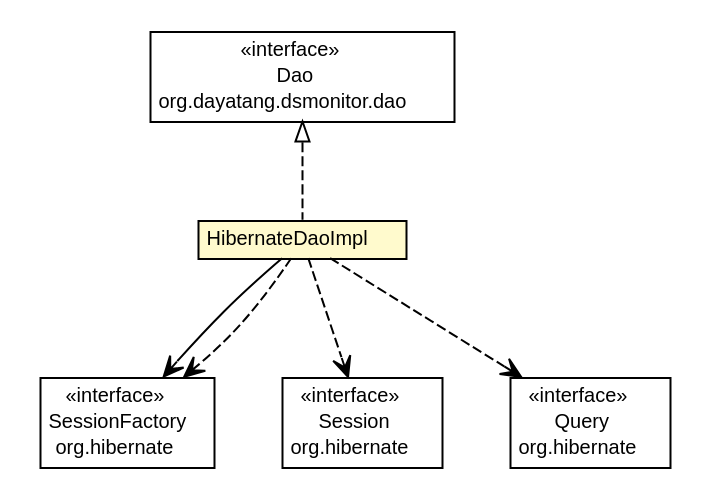
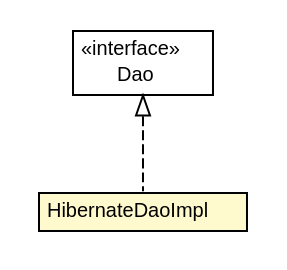
One commit to dayatang/dddlib changed the diagram in dddlib-datasource-monitor/testapidocs/org/dayatang/dsmonitor/dao/impl/HibernateDaoImpl.dot. Above: the diagram before and after it, drawn with Graphviz. The commit also changed 154 other files, not shown here.

```diff
--- a/dddlib-datasource-monitor/testapidocs/org/dayatang/dsmonitor/dao/impl/HibernateDaoImpl.dot
+++ b/dddlib-datasource-monitor/testapidocs/org/dayatang/dsmonitor/dao/impl/HibernateDaoImpl.dot
@@ -1,60 +1,27 @@
 #!/usr/local/bin/dot
 #
 # Class diagram 
 # Generated by UMLGraph version R5_6_6-8-g8d7759 (http://www.umlgraph.org/)
 #
 
 digraph G {
 	edge [fontname="Helvetica",fontsize=10,labelfontname="Helvetica",labelfontsize=10];
 	node [fontname="Helvetica",fontsize=10,shape=plaintext];
 	nodesep=0.25;
 	ranksep=0.5;
 	// org.dayatang.dsmonitor.dao.Dao
-	c70 [label=<<table title="org.dayatang.dsmonitor.dao.Dao" border="0" cellborder="1" cellspacing="0" cellpadding="2" port="p" href="../Dao.html">
+	c37 [label=<<table title="org.dayatang.dsmonitor.dao.Dao" border="0" cellborder="1" cellspacing="0" cellpadding="2" port="p" href="../Dao.html">
 		<tr><td><table border="0" cellspacing="0" cellpadding="1">
 <tr><td align="center" balign="center"> &#171;interface&#187; </td></tr>
 <tr><td align="center" balign="center"> Dao </td></tr>
-<tr><td align="center" balign="center"> org.dayatang.dsmonitor.dao </td></tr>
 		</table></td></tr>
 		</table>>, URL="../Dao.html", fontname="Helvetica", fontcolor="black", fontsize=10.0];
 	// org.dayatang.dsmonitor.dao.impl.HibernateDaoImpl
-	c71 [label=<<table title="org.dayatang.dsmonitor.dao.impl.HibernateDaoImpl" border="0" cellborder="1" cellspacing="0" cellpadding="2" port="p" bgcolor="lemonChiffon" href="./HibernateDaoImpl.html">
+	c38 [label=<<table title="org.dayatang.dsmonitor.dao.impl.HibernateDaoImpl" border="0" cellborder="1" cellspacing="0" cellpadding="2" port="p" bgcolor="lemonChiffon" href="./HibernateDaoImpl.html">
 		<tr><td><table border="0" cellspacing="0" cellpadding="1">
 <tr><td align="center" balign="center"> HibernateDaoImpl </td></tr>
 		</table></td></tr>
 		</table>>, URL="./HibernateDaoImpl.html", fontname="Helvetica", fontcolor="black", fontsize=10.0];
 	//org.dayatang.dsmonitor.dao.impl.HibernateDaoImpl implements org.dayatang.dsmonitor.dao.Dao
-	c70:p -> c71:p [dir=back,arrowtail=empty,style=dashed];
-	// org.dayatang.dsmonitor.dao.impl.HibernateDaoImpl NAVASSOC org.hibernate.SessionFactory
-	c71:p -> c74:p [taillabel="", label=" "headlabel="", fontname="Helvetica", fontcolor="black", fontsize=10.0, color="black", arrowhead=open];
-	// org.dayatang.dsmonitor.dao.impl.HibernateDaoImpl DEPEND org.hibernate.Session
-	c71:p -> c75:p [taillabel="", label=" "headlabel="", fontname="Helvetica", fontcolor="black", fontsize=10.0, color="black", arrowhead=open, style=dashed];
-	// org.dayatang.dsmonitor.dao.impl.HibernateDaoImpl DEPEND org.hibernate.SessionFactory
-	c71:p -> c74:p [taillabel="", label=" "headlabel="", fontname="Helvetica", fontcolor="black", fontsize=10.0, color="black", arrowhead=open, style=dashed];
-	// org.dayatang.dsmonitor.dao.impl.HibernateDaoImpl DEPEND org.hibernate.Query
-	c71:p -> c76:p [taillabel="", label=" "headlabel="", fontname="Helvetica", fontcolor="black", fontsize=10.0, color="black", arrowhead=open, style=dashed];
-	// org.hibernate.Session
-	c75 [label=<<table title="org.hibernate.Session" border="0" cellborder="1" cellspacing="0" cellpadding="2" port="p" href="http://java.sun.com/j2se/1.4.2/docs/api/org/hibernate/Session.html">
-		<tr><td><table border="0" cellspacing="0" cellpadding="1">
-<tr><td align="center" balign="center"> &#171;interface&#187; </td></tr>
-<tr><td align="center" balign="center"> Session </td></tr>
-<tr><td align="center" balign="center"> org.hibernate </td></tr>
-		</table></td></tr>
-		</table>>, URL="http://java.sun.com/j2se/1.4.2/docs/api/org/hibernate/Session.html", fontname="Helvetica", fontcolor="black", fontsize=10.0];
-	// org.hibernate.Query
-	c76 [label=<<table title="org.hibernate.Query" border="0" cellborder="1" cellspacing="0" cellpadding="2" port="p" href="http://java.sun.com/j2se/1.4.2/docs/api/org/hibernate/Query.html">
-		<tr><td><table border="0" cellspacing="0" cellpadding="1">
-<tr><td align="center" balign="center"> &#171;interface&#187; </td></tr>
-<tr><td align="center" balign="center"> Query </td></tr>
-<tr><td align="center" balign="center"> org.hibernate </td></tr>
-		</table></td></tr>
-		</table>>, URL="http://java.sun.com/j2se/1.4.2/docs/api/org/hibernate/Query.html", fontname="Helvetica", fontcolor="black", fontsize=10.0];
-	// org.hibernate.SessionFactory
-	c74 [label=<<table title="org.hibernate.SessionFactory" border="0" cellborder="1" cellspacing="0" cellpadding="2" port="p" href="http://java.sun.com/j2se/1.4.2/docs/api/org/hibernate/SessionFactory.html">
-		<tr><td><table border="0" cellspacing="0" cellpadding="1">
-<tr><td align="center" balign="center"> &#171;interface&#187; </td></tr>
-<tr><td align="center" balign="center"> SessionFactory </td></tr>
-<tr><td align="center" balign="center"> org.hibernate </td></tr>
-		</table></td></tr>
-		</table>>, URL="http://java.sun.com/j2se/1.4.2/docs/api/org/hibernate/SessionFactory.html", fontname="Helvetica", fontcolor="black", fontsize=10.0];
+	c37:p -> c38:p [dir=back,arrowtail=empty,style=dashed];
 }
```
